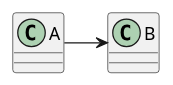
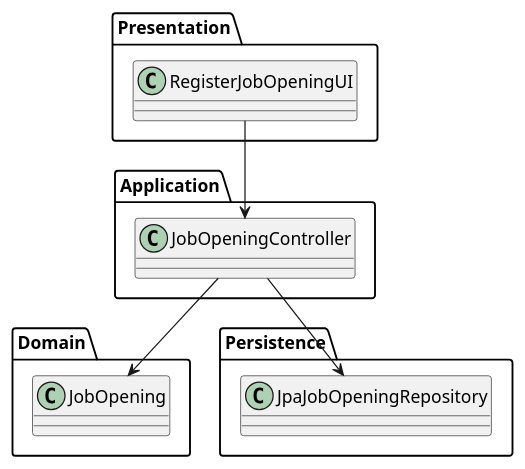
Before and after one commit to Goncalves2525/Jobs4U-Talent-Acquisition-Management-System: the diagram in docs/Sprint B/us_1002/class-diagram-01.puml, drawn with PlantUML. The commit also changed 1 other file, not shown here.

```diff
--- a/docs/Sprint B/us_1002/class-diagram-01.puml
+++ b/docs/Sprint B/us_1002/class-diagram-01.puml
@@ -1,13 +1,25 @@
 @startuml
 
-class A {
-
+package Presentation {
+    class RegisterJobOpeningUI
 }
 
-class B {
-
+package Domain {
+    class JobOpening
 }
 
-A -> B
+package Persistence {
+    class JpaJobOpeningRepository
+}
+
+package Application {
+    class JobOpeningController
+}
+
+
+
+Presentation.RegisterJobOpeningUI --> Application.JobOpeningController
+Application.JobOpeningController --> Persistence.JpaJobOpeningRepository
+Application.JobOpeningController --> Domain.JobOpening
 
 @enduml
```
